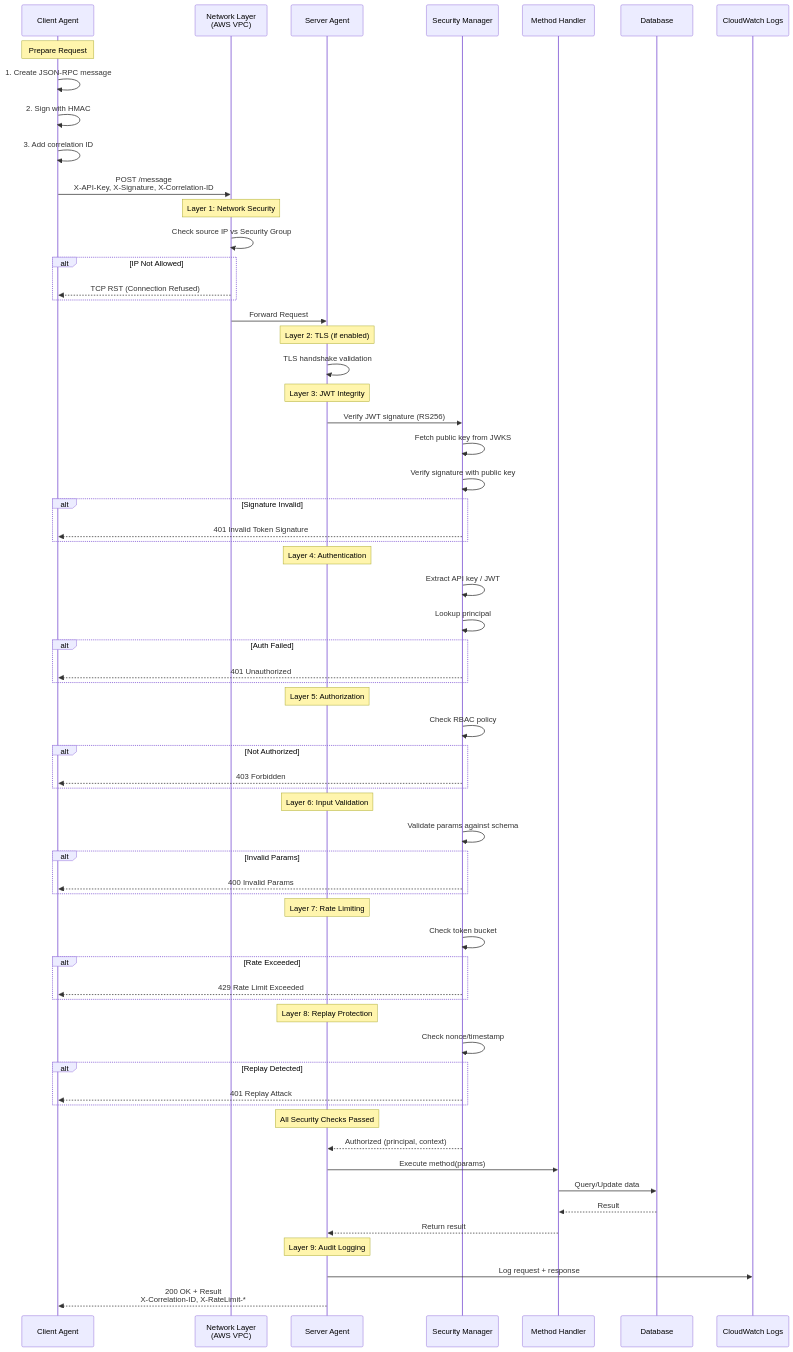
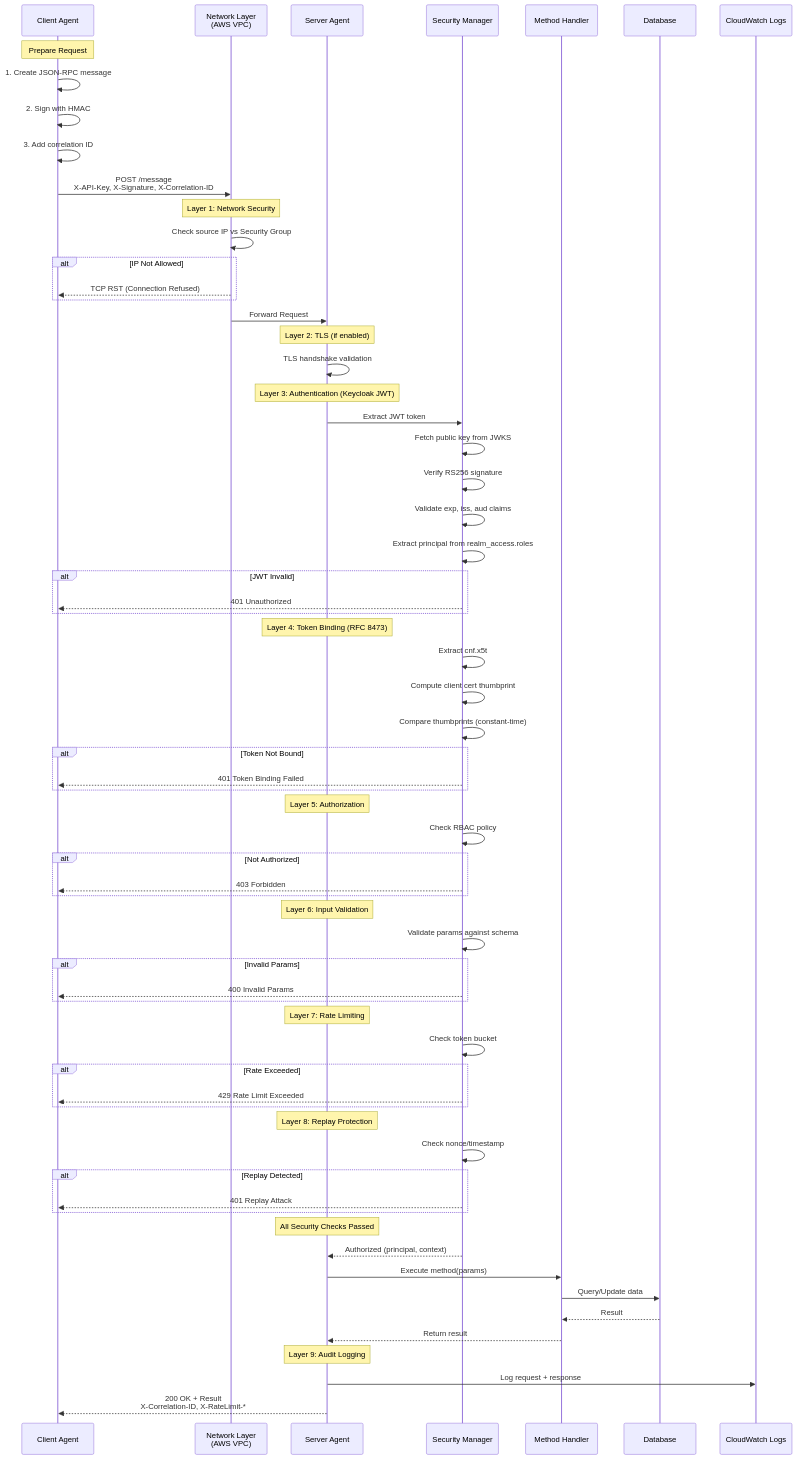
Diagram 14 of 14 in A2A_PROTOCOL_SECURITY_TECHNICAL.md (jaafar-benabderrazak/ca_a2a), drawn with Mermaid before and after one commit. The commit also changed other lines of this file, not shown here.

```diff
--- a/A2A_PROTOCOL_SECURITY_TECHNICAL.md
+++ b/A2A_PROTOCOL_SECURITY_TECHNICAL.md
@@ -2588,19 +2519,22 @@
  Note over Server: Layer 2: TLS (if enabled)
  Server->>Server: TLS handshake validation
  
- Note over Server: Layer 3: JWT Integrity
- Server->>Security: Verify JWT signature (RS256)
+ Note over Server: Layer 3: Authentication (Keycloak JWT)
+ Server->>Security: Extract JWT token
  Security->>Security: Fetch public key from JWKS
- Security->>Security: Verify signature with public key
- alt Signature Invalid
- Security-->>Client: 401 Invalid Token Signature
+ Security->>Security: Verify RS256 signature
+ Security->>Security: Validate exp, iss, aud claims
+ Security->>Security: Extract principal from realm_access.roles
+ alt JWT Invalid
+ Security-->>Client: 401 Unauthorized
  end
  
- Note over Server: Layer 4: Authentication
- Security->>Security: Extract API key / JWT
- Security->>Security: Lookup principal
- alt Auth Failed
- Security-->>Client: 401 Unauthorized
+ Note over Server: Layer 4: Token Binding (RFC 8473)
+ Security->>Security: Extract cnf.x5t#S256 claim
+ Security->>Security: Compute client cert thumbprint
+ Security->>Security: Compare thumbprints (constant-time)
+ alt Token Not Bound
+ Security-->>Client: 401 Token Binding Failed
  end
  
  Note over Server: Layer 5: Authorization
```
